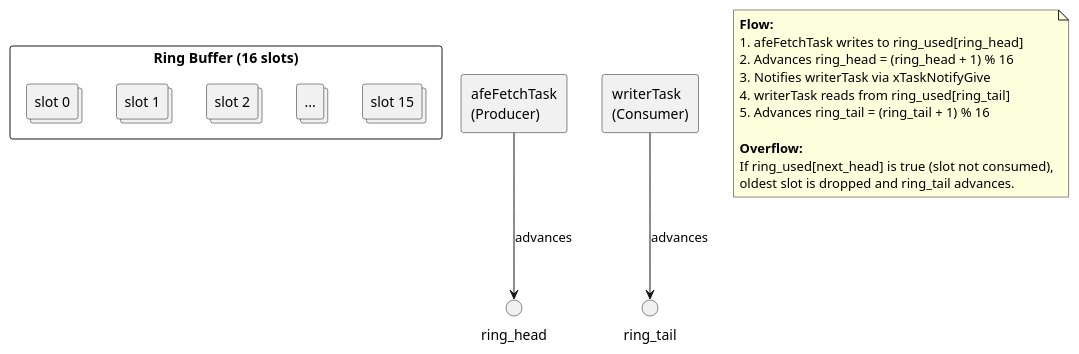
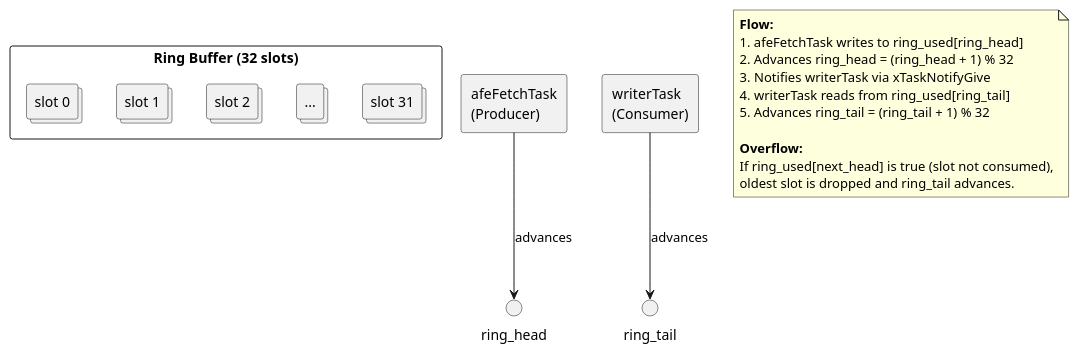
Before and after one commit to dlgreenwald/lifelog: the fifth of 7 diagrams in firmware-ota/ARCHITECTURE.md, drawn with PlantUML. The commit also changed other lines of this file and 2 other files, not shown here.

````diff
--- a/firmware-ota/ARCHITECTURE.md
+++ b/firmware-ota/ARCHITECTURE.md
@@ -277,37 +285,37 @@
 ```plantuml
 @startuml
 skinparam backgroundColor white
 
-rectangle "Ring Buffer (16 slots)" {
+rectangle "Ring Buffer (32 slots)" {
   collections "slot 0" as s0
   collections "slot 1" as s1
   collections "slot 2" as s2
   collections "..." as s3
-  collections "slot 15" as s15
+  collections "slot 31" as s15
 
   s0 -[hidden]right-> s1
   s1 -[hidden]right-> s2
   s2 -[hidden]right-> s3
   s3 -[hidden]right-> s15
 }
 
 rectangle "afeFetchTask\n(Producer)" as producer
 rectangle "writerTask\n(Consumer)" as consumer
 
 producer -down-> ring_head : advances
 consumer -down-> ring_tail : advances
 
 note as n1
   **Flow:**
   1. afeFetchTask writes to ring_used[ring_head]
-  2. Advances ring_head = (ring_head + 1) % 16
+  2. Advances ring_head = (ring_head + 1) % 32
   3. Notifies writerTask via xTaskNotifyGive
   4. writerTask reads from ring_used[ring_tail]
-  5. Advances ring_tail = (ring_tail + 1) % 16
+  5. Advances ring_tail = (ring_tail + 1) % 32
 
   **Overflow:**
   If ring_used[next_head] is true (slot not consumed),
   oldest slot is dropped and ring_tail advances.
 end note
 @enduml
 ```
````
